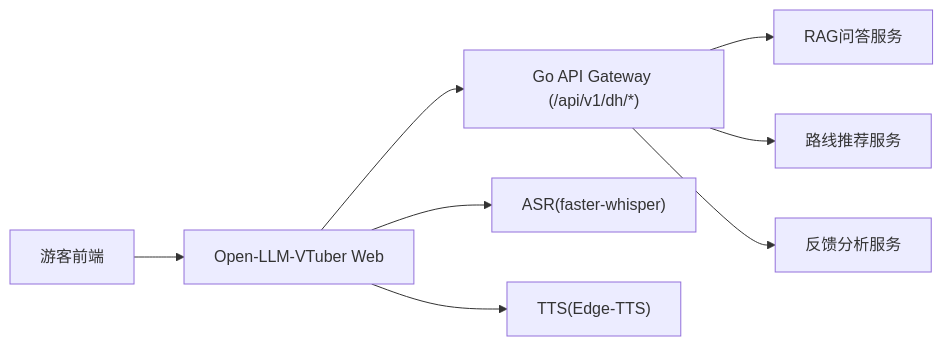
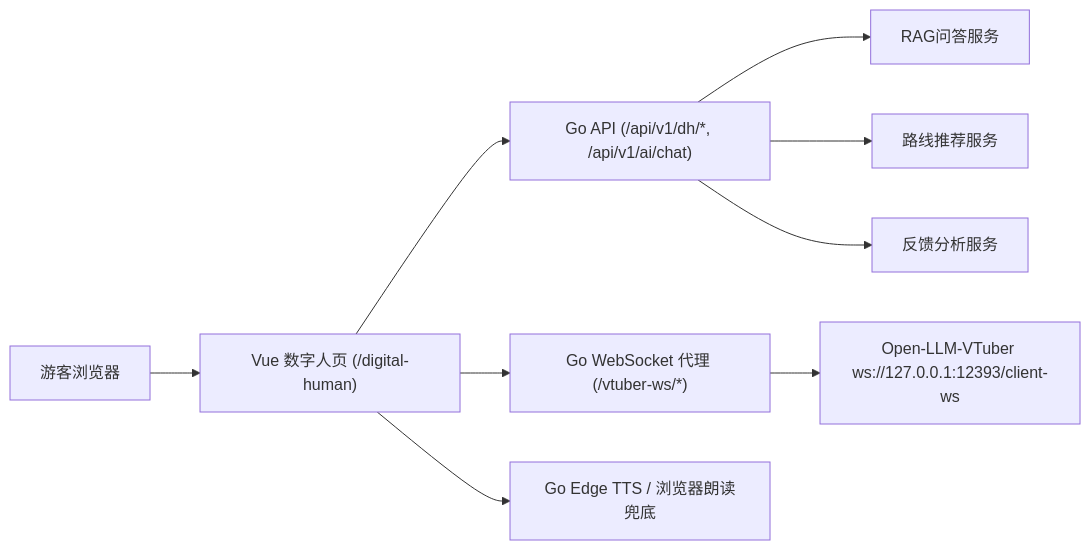
Before and after one commit to 4evour/Scenic_spot_guide_system: the first of 3 diagrams in docs/digital-human-integration.md, drawn with Mermaid. The commit also changed other lines of this file and 6 other files, not shown here.

Commit message:
docs: align digital human runbook

````diff
--- a/docs/digital-human-integration.md
+++ b/docs/digital-human-integration.md
@@ -11,10 +11,11 @@
 ```mermaid
 flowchart LR
-    U["游客前端"] --> V["Open-LLM-VTuber Web"]
-    V --> G["Go API Gateway (/api/v1/dh/*)"]
+    U["游客浏览器"] --> V["Vue 数字人页 (/digital-human)"]
+    V --> G["Go API (/api/v1/dh/*, /api/v1/ai/chat)"]
+    V --> W["Go WebSocket 代理 (/vtuber-ws/*)"]
+    W --> O["Open-LLM-VTuber ws://127.0.0.1:12393/client-ws"]
     G --> R["RAG问答服务"]
     G --> P["路线推荐服务"]
     G --> F["反馈分析服务"]
-    V --> A["ASR(faster-whisper)"]
-    V --> T["TTS(Edge-TTS)"]
+    V --> T["Go Edge TTS / 浏览器朗读兜底"]
 ```
````
